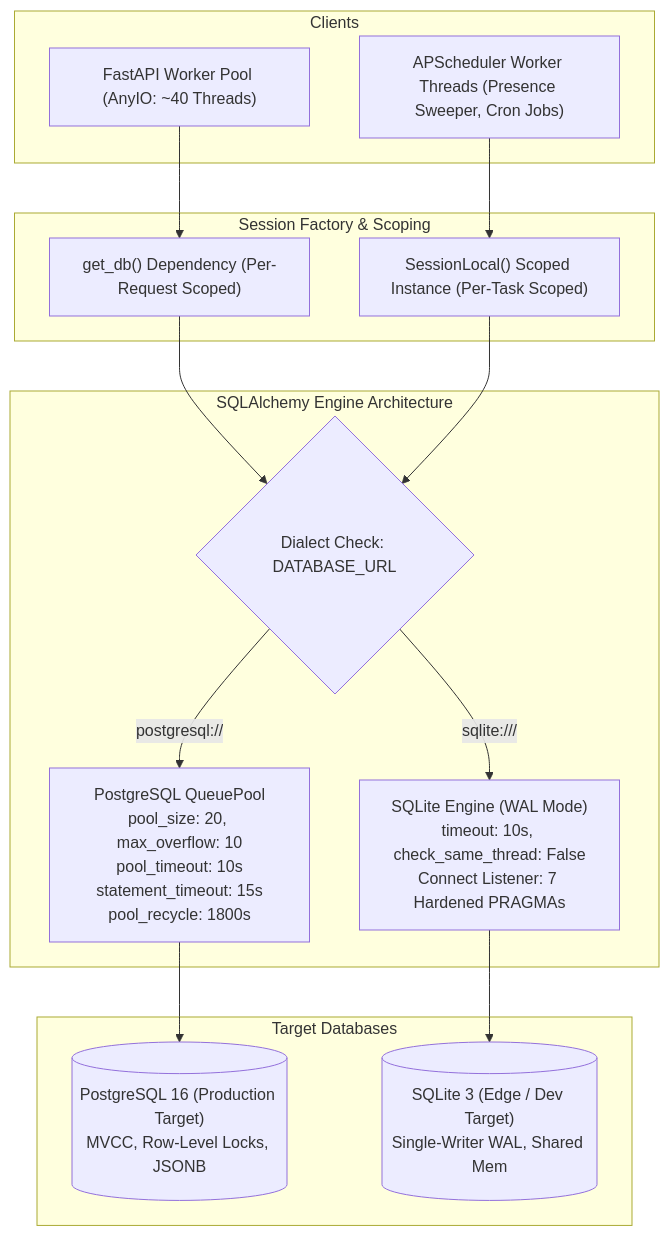
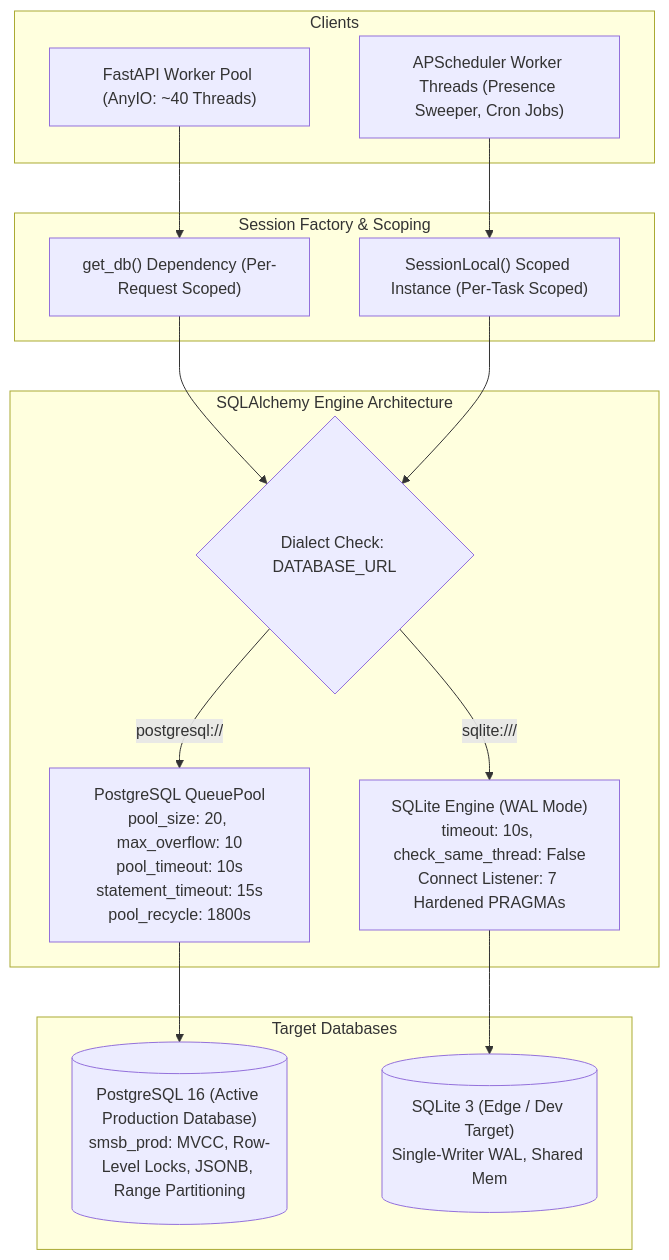
Before and after one commit to mochmizan/proyek-monitoring-dtedi: the first of 3 diagrams in wiki/concept-database-lifecycle.md, drawn with Mermaid. The commit also changed other lines of this file and 16 other files, not shown here.

````diff
--- a/wiki/concept-database-lifecycle.md
+++ b/wiki/concept-database-lifecycle.md
@@ -13,35 +13,35 @@
 ```mermaid
 flowchart TD
     subgraph Clients
         FastAPIThreads["FastAPI Worker Pool (AnyIO: ~40 Threads)"]
         BackgroundTasks["APScheduler Worker Threads (Presence Sweeper, Cron Jobs)"]
     end
 
     subgraph "Session Factory & Scoping"
         GetDB["get_db() Dependency (Per-Request Scoped)"]
         WorkerDB["SessionLocal() Scoped Instance (Per-Task Scoped)"]
     end
 
     subgraph "SQLAlchemy Engine Architecture"
         DialectRouter{"Dialect Check: DATABASE_URL"}
         PGPool["PostgreSQL QueuePool<br/>pool_size: 20, max_overflow: 10<br/>pool_timeout: 10s<br/>statement_timeout: 15s<br/>pool_recycle: 1800s"]
         SQLiteEngine["SQLite Engine (WAL Mode)<br/>timeout: 10s, check_same_thread: False<br/>Connect Listener: 7 Hardened PRAGMAs"]
     end
 
     subgraph "Target Databases"
-        PostgreSQL[("PostgreSQL 16 (Production Target)<br/>MVCC, Row-Level Locks, JSONB")]
+        PostgreSQL[("PostgreSQL 16 (Active Production Database)<br/>smsb_prod: MVCC, Row-Level Locks, JSONB, Range Partitioning")]
         SQLite[("SQLite 3 (Edge / Dev Target)<br/>Single-Writer WAL, Shared Mem")]
     end
 
     FastAPIThreads --> GetDB
     BackgroundTasks --> WorkerDB
 
     GetDB --> DialectRouter
     WorkerDB --> DialectRouter
 
     DialectRouter -- postgresql:// --> PGPool
     DialectRouter -- sqlite:/// --> SQLiteEngine
 
     PGPool --> PostgreSQL
     SQLiteEngine --> SQLite
 ```
````
